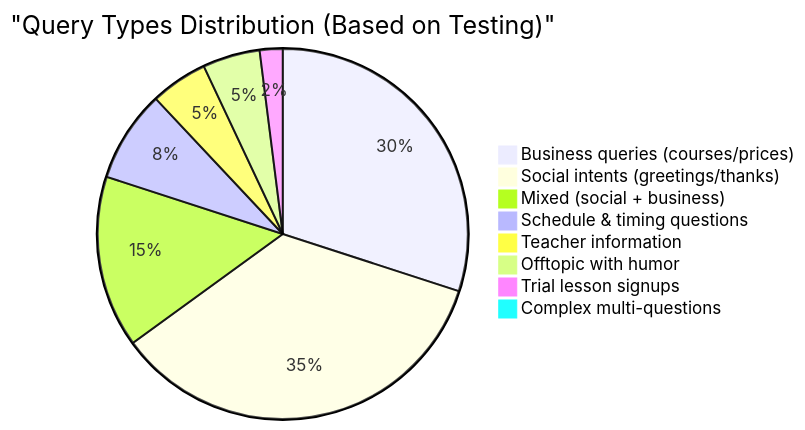
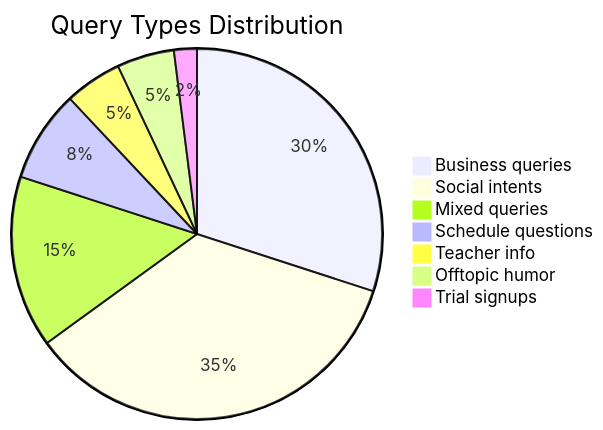
Before and after one commit to shao3d/Ukido_DynContInj: the fourth of 5 diagrams in README.md, drawn with Mermaid. The commit also changed other lines of this file, not shown here.

First line of the commit message:
fix: Упрощение Mermaid диаграмм для GitHub совместимости

````diff
--- a/README.md
+++ b/README.md
@@ -339,11 +251,10 @@
 ```mermaid
-pie title "Query Types Distribution (Based on Testing)"
-    "Business queries (courses/prices)" : 30
-    "Social intents (greetings/thanks)" : 35
-    "Mixed (social + business)" : 15
-    "Schedule & timing questions" : 8
-    "Teacher information" : 5
-    "Offtopic with humor" : 5
-    "Trial lesson signups" : 2
-    "Complex multi-questions" : 0
+pie title Query Types Distribution
+    "Business queries" : 30
+    "Social intents" : 35
+    "Mixed queries" : 15
+    "Schedule questions" : 8
+    "Teacher info" : 5
+    "Offtopic humor" : 5
+    "Trial signups" : 2
 ```
````
